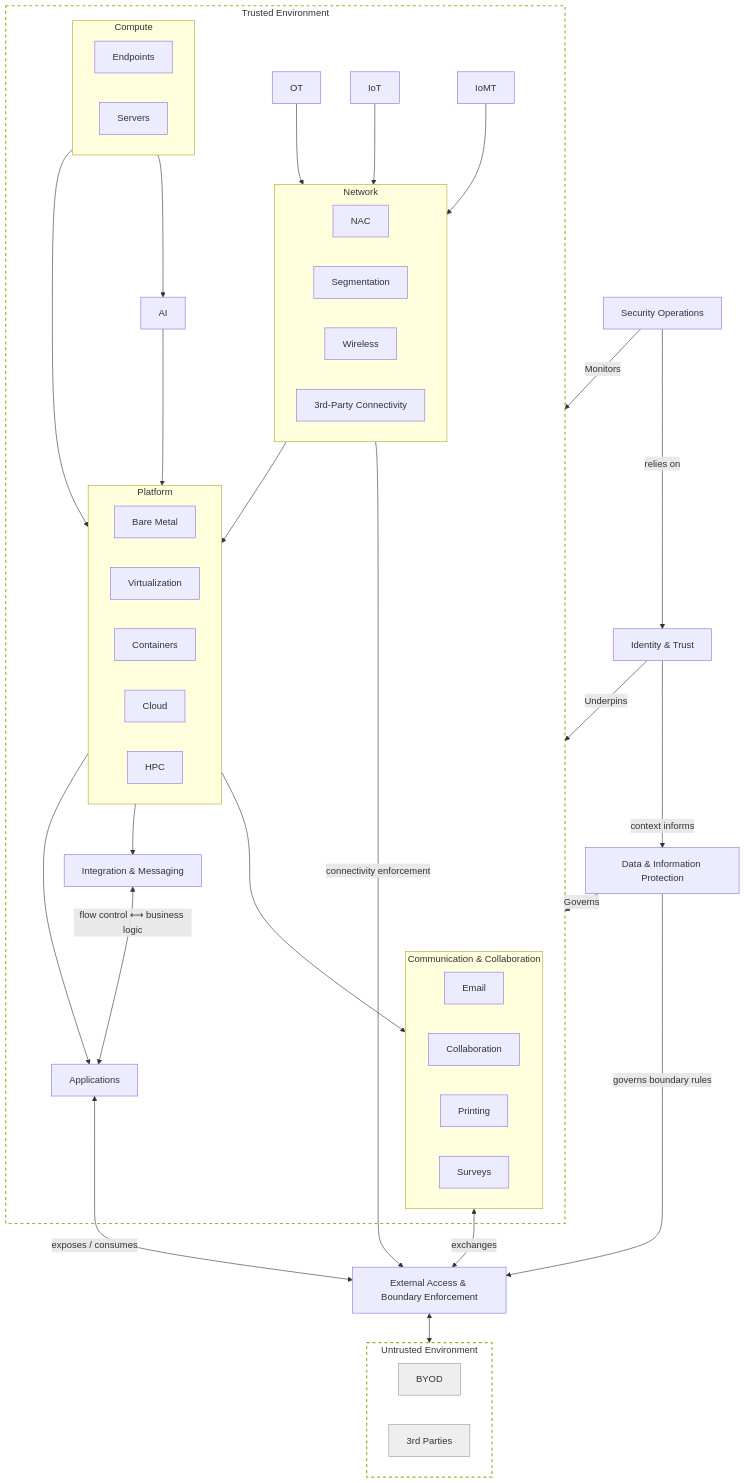
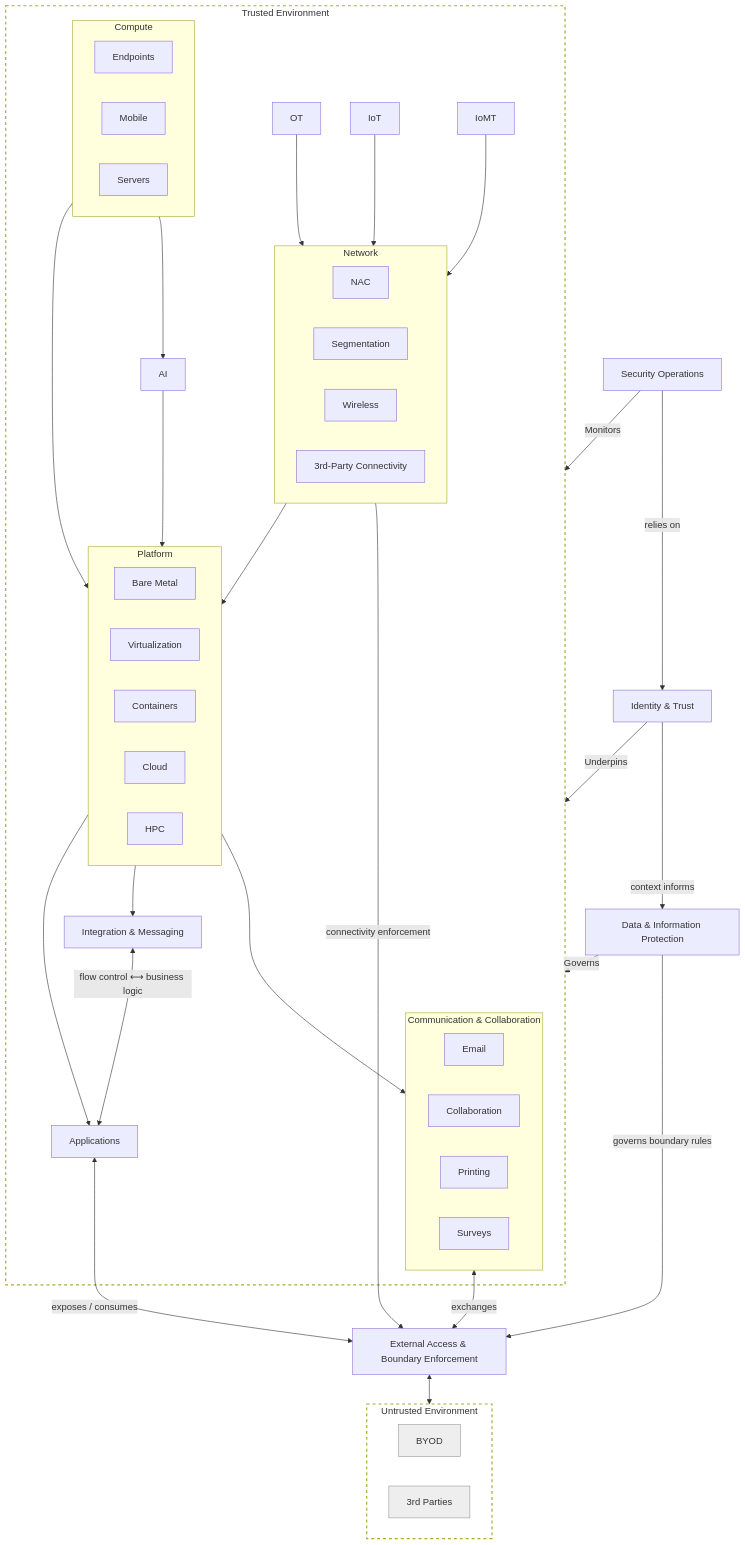
Before and after one commit to bionicspy/oscal-content: the diagram in patterns/README.md, drawn with Mermaid. The commit also changed 17 other files, not shown here.

````diff
--- a/patterns/README.md
+++ b/patterns/README.md
@@ -22,80 +22,81 @@
 ```mermaid
 graph TD
     Data["Data & Information Protection"]
     Identity["Identity & Trust"]
     SecOps["Security Operations"]
 
     Identity -->|Underpins| TRUST
     Identity -->|context informs| Data
     SecOps -->|Monitors| TRUST
     SecOps -->|relies on| Identity
     Data -->|Governs| TRUST
     Data -->|governs boundary rules| External
 
     subgraph TRUST["Trusted Environment"]
         subgraph Compute["Compute"]
             CE["Endpoints"]
+            CM["Mobile"]
             CS["Servers"]
         end
 
         subgraph Platform["Platform"]
             PBM["Bare Metal"]
             PV["Virtualization"]
             PC["Containers"]
             PCL["Cloud"]
             PHPC["HPC"]
         end
 
         subgraph Network["Network"]
             NAC["NAC"]
             SEG["Segmentation"]
             WIFI["Wireless"]
             TP["3rd‑Party Connectivity"]
         end
 
         Integration["Integration & Messaging"]
         Applications["Applications"]
 
         subgraph Comms["Communication & Collaboration"]
             Email["Email"]
             Collab["Collaboration"]
             Printing["Printing"]
             Surveys["Surveys"]
         end
 
         OT["OT"]
         IoT["IoT"]
         IoMT["IoMT"]
         AI["AI"]
 
         Compute --> Platform
         Network --> Platform
         Platform --> Applications
         Platform --> Integration
         Platform --> Comms
         Integration <--> |flow control ⟷ business logic| Applications
         Compute --> AI --> Platform
         OT --> Network
         IoT --> Network
         IoMT --> Network
     end
 
     Applications <--> |exposes / consumes| External
     Comms <--> |exchanges| External
     Network --> |connectivity enforcement| External
 
     External["External Access & Boundary Enforcement"]
     External <--> UNTRUSTED
 
     subgraph UNTRUSTED["Untrusted Environment"]
         BYOD
         ThirdParties["3rd Parties"]
     end
 
     style TRUST fill:none,stroke-width:2,stroke-dasharray:5 5
     style UNTRUSTED fill:none,stroke-width:2,stroke-dasharray:5 5
 
     %% VISUAL SEMANTICS: UNTRUSTED ENTITIES (NOT TRUST PLANES)
     style BYOD fill:#eeeeee,stroke:#999999,stroke-width:1
     style ThirdParties fill:#eeeeee,stroke:#999999,stroke-width:1
 ```
````
